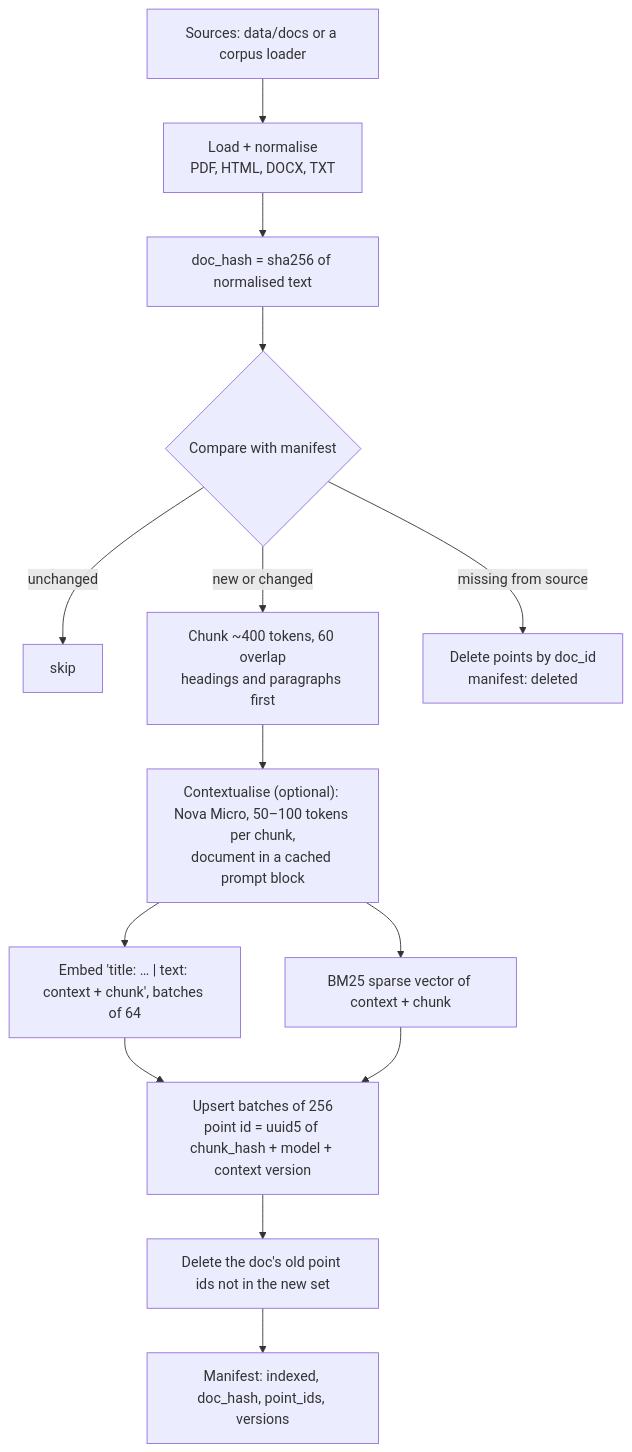
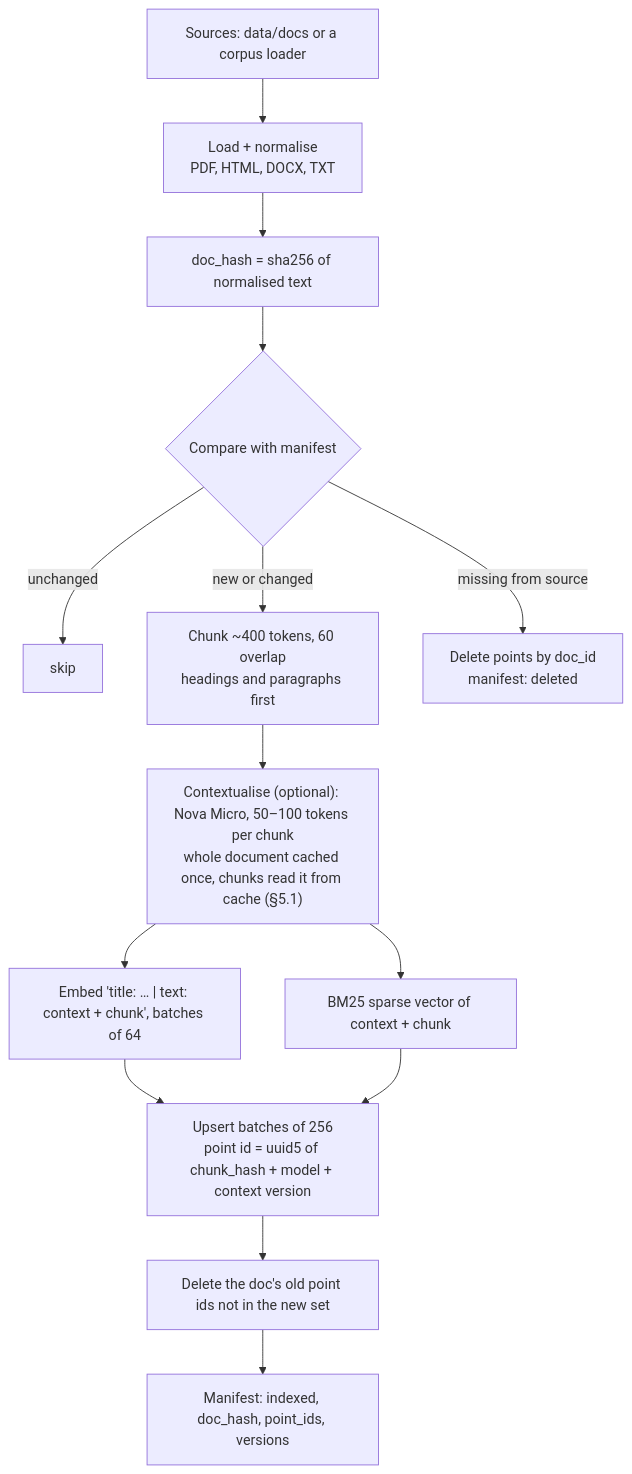
Before and after one commit to Jashan-ai-sys/LPU_RAG: the fourth of 4 diagrams in docs/superpowers/specs/2026-11-03-rag-v2-design.md, drawn with Mermaid. The commit also changed other lines of this file and 2 other files, not shown here.

Commit message:
docs: document-level prompt caching for contextual retrieval

````diff
--- a/docs/superpowers/specs/2026-11-03-rag-v2-design.md
+++ b/docs/superpowers/specs/2026-11-03-rag-v2-design.md
@@ -230,16 +230,16 @@
 ```mermaid
 flowchart TD
   A[Sources: data/docs or a corpus loader] --> B[Load + normalise<br/>PDF, HTML, DOCX, TXT]
   B --> C[doc_hash = sha256 of normalised text]
   C --> D{Compare with manifest}
   D -- unchanged --> Z[skip]
   D -- new or changed --> E[Chunk ~400 tokens, 60 overlap<br/>headings and paragraphs first]
   D -- missing from source --> X[Delete points by doc_id<br/>manifest: deleted]
-  E --> F["Contextualise (optional): Nova Micro, 50–100 tokens per chunk,<br/>document in a cached prompt block"]
+  E --> F["Contextualise (optional): Nova Micro, 50–100 tokens per chunk<br/>whole document cached once, chunks read it from cache (§5.1)"]
   F --> G["Embed 'title: … | text: context + chunk', batches of 64"]
   F --> H[BM25 sparse vector of context + chunk]
   G --> I[Upsert batches of 256<br/>point id = uuid5 of chunk_hash + model + context version]
   H --> I
   I --> J[Delete the doc's old point ids not in the new set]
   J --> K[Manifest: indexed, doc_hash, point_ids, versions]
 ```
````
